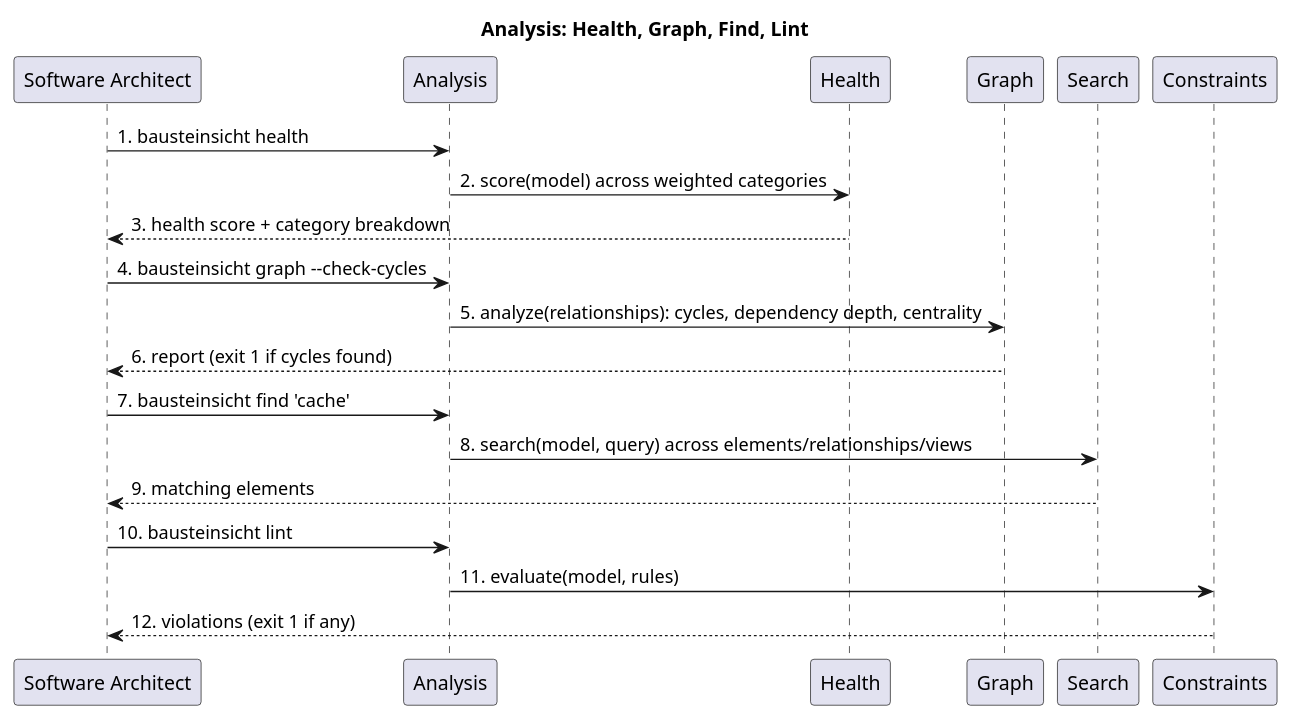
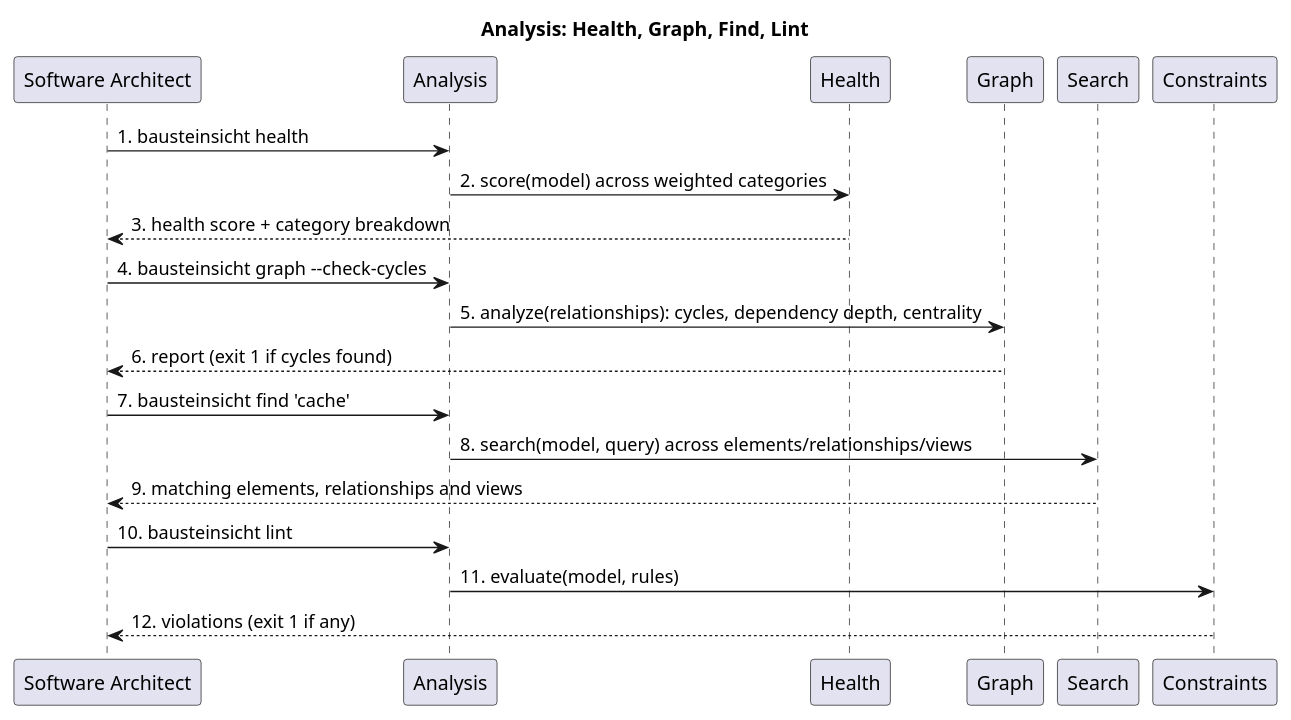
One commit to docToolchain/Bausteinsicht changed the diagram in src/docs/arc42/sequence-analysis-suite.puml. Above: the diagram before and after it, drawn with PlantUML. The commit also changed 7 other files, not shown here.

First line of the commit message:
docs(arc42): label search relationships with all three result types

```diff
--- a/src/docs/arc42/sequence-analysis-suite.puml
+++ b/src/docs/arc42/sequence-analysis-suite.puml
@@ -1,24 +1,24 @@
 @startuml analysis_suite
 title Analysis: Health, Graph, Find, Lint
 
 participant "Software Architect" as architect
 participant "Analysis" as bausteinsicht_cli_analysis
 participant "Health" as bausteinsicht_health
 participant "Graph" as bausteinsicht_graph
 participant "Search" as bausteinsicht_search
 participant "Constraints" as bausteinsicht_constraints
 
 architect -> bausteinsicht_cli_analysis : 1. bausteinsicht health
 bausteinsicht_cli_analysis -> bausteinsicht_health : 2. score(model) across weighted categories
 bausteinsicht_health --> architect : 3. health score + category breakdown
 architect -> bausteinsicht_cli_analysis : 4. bausteinsicht graph ‑‑check-cycles
 bausteinsicht_cli_analysis -> bausteinsicht_graph : 5. analyze(relationships): cycles, dependency depth, centrality
 bausteinsicht_graph --> architect : 6. report (exit 1 if cycles found)
 architect -> bausteinsicht_cli_analysis : 7. bausteinsicht find 'cache'
 bausteinsicht_cli_analysis -> bausteinsicht_search : 8. search(model, query) across elements/relationships/views
-bausteinsicht_search --> architect : 9. matching elements
+bausteinsicht_search --> architect : 9. matching elements, relationships and views
 architect -> bausteinsicht_cli_analysis : 10. bausteinsicht lint
 bausteinsicht_cli_analysis -> bausteinsicht_constraints : 11. evaluate(model, rules)
 bausteinsicht_constraints --> architect : 12. violations (exit 1 if any)
 
 @enduml
```
